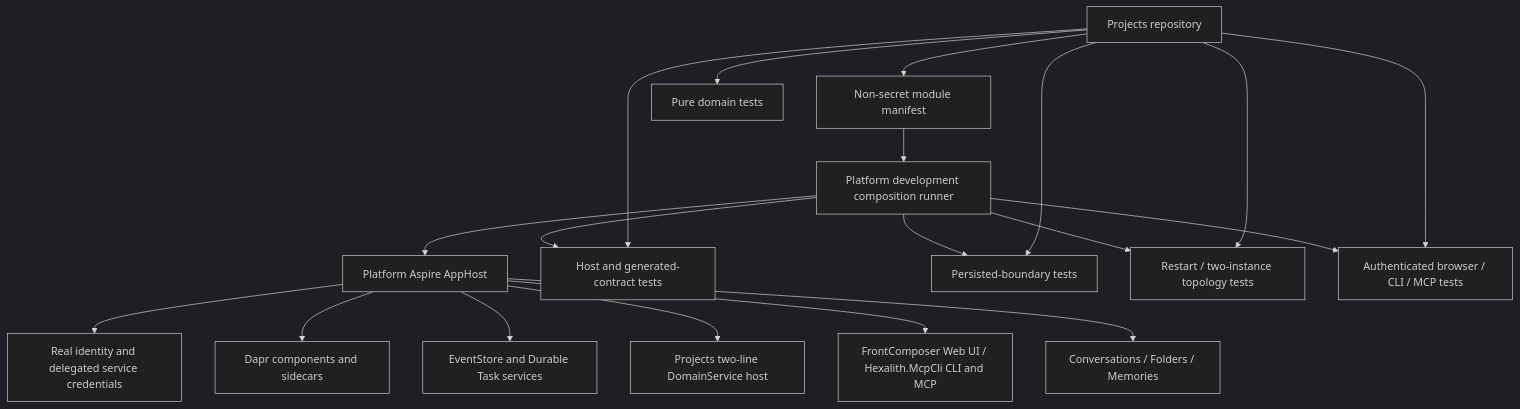
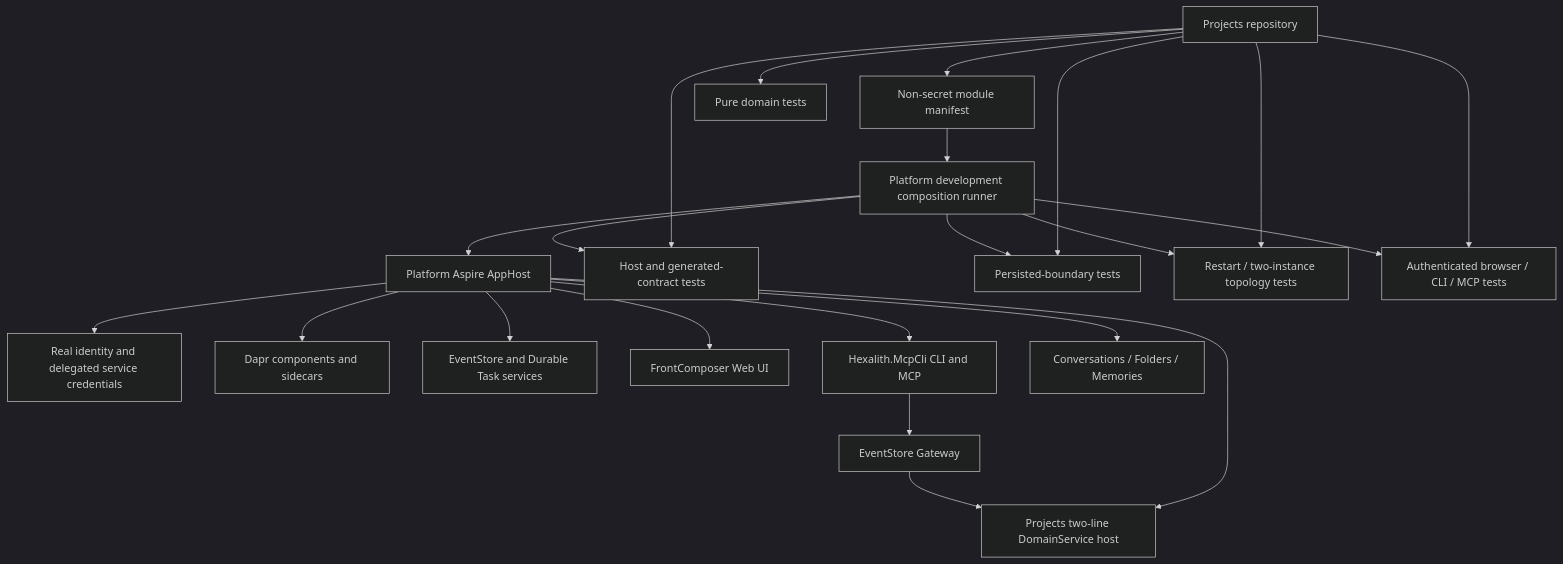
One commit to Hexalith/Hexalith.Projects changed the fourth of 4 diagrams in _bmad-output/planning-artifacts/architecture/architecture-projects-2026-07-15/ARCHITECTURE-SPINE.md. Above: the diagram before and after it, drawn with Mermaid (dark theme). The commit also changed other lines of this file and 6 other files, not shown here.

Commit message:
docs(architecture): record exclusive Folder claims and validation findings

````diff
--- a/_bmad-output/planning-artifacts/architecture/architecture-projects-2026-07-15/ARCHITECTURE-SPINE.md
+++ b/_bmad-output/planning-artifacts/architecture/architecture-projects-2026-07-15/ARCHITECTURE-SPINE.md
@@ -510,24 +515,27 @@
 ```mermaid
 flowchart TB
     Repo["Projects repository"] --> Manifest["Non-secret module manifest"]
     Manifest --> Runner["Platform development composition runner"]
     Runner --> AppHost["Platform Aspire AppHost"]
 
     AppHost --> Identity["Real identity and delegated service credentials"]
     AppHost --> Dapr["Dapr components and sidecars"]
     AppHost --> EventStore["EventStore and Durable Task services"]
     AppHost --> ProjectsHost["Projects two-line DomainService host"]
-    AppHost --> FrontComposer["FrontComposer Web UI / Hexalith.McpCli CLI and MCP"]
+    AppHost --> FrontComposer["FrontComposer Web UI"]
+    AppHost --> McpCli["Hexalith.McpCli CLI and MCP"]
+    McpCli --> Gateway["EventStore Gateway"]
+    Gateway --> ProjectsHost
     AppHost --> Siblings["Conversations / Folders / Memories"]
 
     Repo --> Pure["Pure domain tests"]
     Repo --> HostContract["Host and generated-contract tests"]
     Repo --> Persisted["Persisted-boundary tests"]
     Repo --> Distributed["Restart / two-instance topology tests"]
     Repo --> Authenticated["Authenticated browser / CLI / MCP tests"]
 
     Runner --> HostContract
     Runner --> Persisted
     Runner --> Distributed
     Runner --> Authenticated
 ```
````
